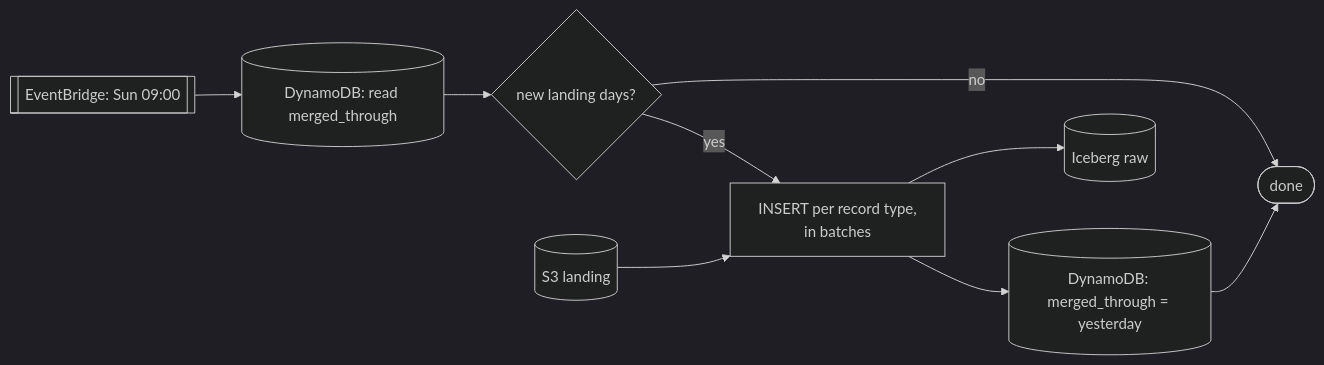
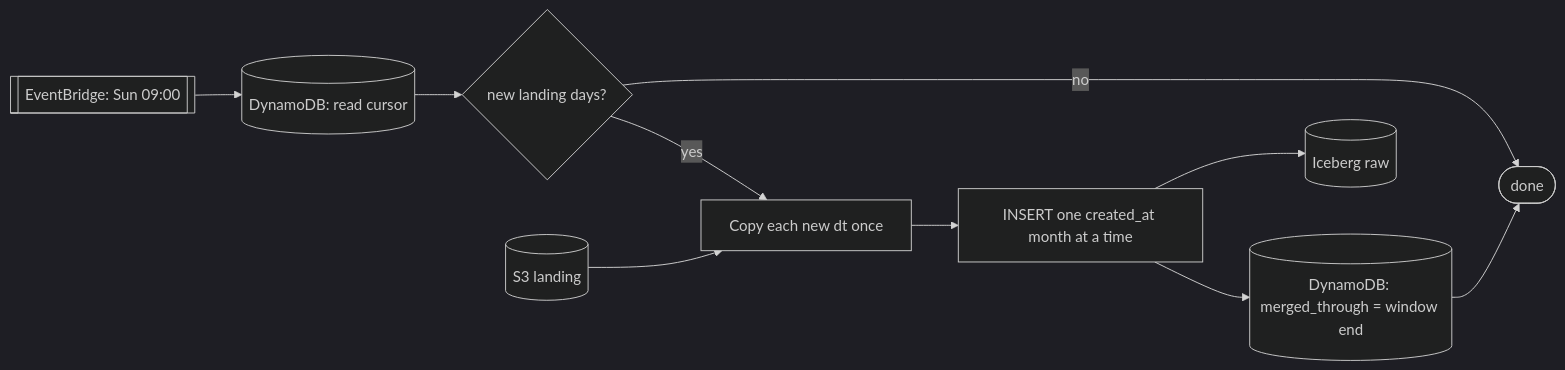
The first of 3 diagrams in docs/design_docs/2026-09-19_bluesky_backfill_merge.md (METResearchGroup/lab_data_integrations_interface), drawn with Mermaid (dark theme) before and after one commit. The commit also changed other lines of this file and 30 other files, not shown here.

First line of the commit message:
Stop the backfill merge from scanning each landing window once per month (#293)

````diff
--- a/docs/design_docs/2026-09-19_bluesky_backfill_merge.md
+++ b/docs/design_docs/2026-09-19_bluesky_backfill_merge.md
@@ -104,11 +121,12 @@
 ```mermaid
 flowchart LR
-    cron[["EventBridge: Sun 09:00"]] --> read[("DynamoDB: read merged_through")]
+    cron[["EventBridge: Sun 09:00"]] --> read[("DynamoDB: read cursor")]
     read --> choice{new landing days?}
     choice -->|no| stop([done])
-    choice -->|yes| insert["INSERT per record type,<br/>in batches"]
-    s3[(S3 landing)] --> insert
+    choice -->|yes| stage["Copy each new dt once"]
+    s3[(S3 landing)] --> stage
+    stage --> insert["INSERT one created_at month at a time"]
     insert --> raw[(Iceberg raw)]
-    insert --> write[("DynamoDB: merged_through = yesterday")]
+    insert --> write[("DynamoDB: merged_through = window end")]
     write --> stop
 ```
````
